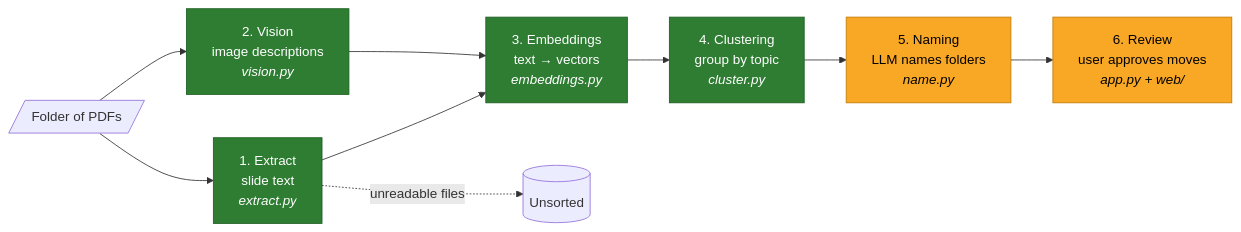
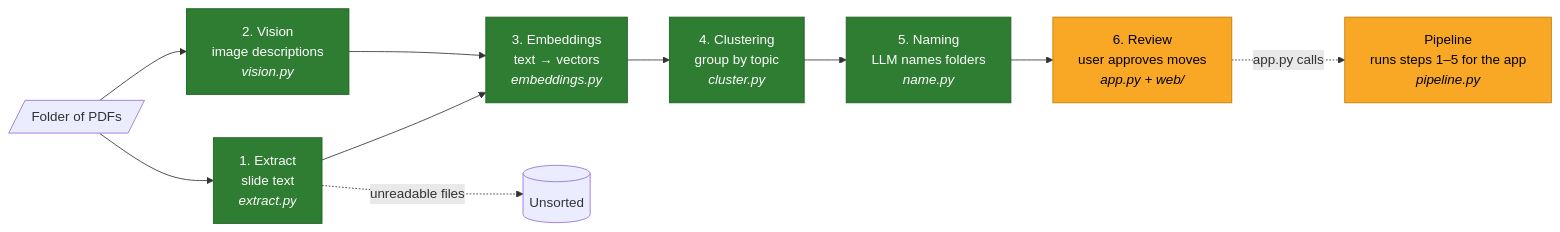
The diagram in README.md (rayyan429/folio), drawn with Mermaid before and after one commit. The commit also changed other lines of this file, not shown here.

Commit message:
Finish name_clusters and update README approach with naming and pipeline

````diff
--- a/README.md
+++ b/README.md
@@ -20,24 +20,26 @@
 ```mermaid
 flowchart LR
     PDF[/"Folder of PDFs"/]
     E["1. Extract<br/>slide text<br/><i>extract.py</i>"]
     V["2. Vision<br/>image descriptions<br/><i>vision.py</i>"]
     EM["3. Embeddings<br/>text → vectors<br/><i>embeddings.py</i>"]
     C["4. Clustering<br/>group by topic<br/><i>cluster.py</i>"]
     N["5. Naming<br/>LLM names folders<br/><i>name.py</i>"]
     R["6. Review<br/>user approves moves<br/><i>app.py + web/</i>"]
+    P["Pipeline<br/>runs steps 1–5 for the app<br/><i>pipeline.py</i>"]
     U[("Unsorted")]
 
     PDF --> E
     PDF --> V
     E --> EM
     V --> EM
     EM --> C --> N --> R
     E -. "unreadable files" .-> U
+    R -. "app.py calls" .-> P
 
     classDef done fill:#2e7d32,stroke:#1b5e20,color:#ffffff
     classDef wip fill:#f9a825,stroke:#c17900,color:#000000
     classDef todo fill:#eceff1,stroke:#90a4ae,color:#37474f,stroke-dasharray: 4 3
-    class E,V,EM,C done
-    class N,R wip
+    class E,V,EM,C,N done
+    class R,P wip
 ```
````
